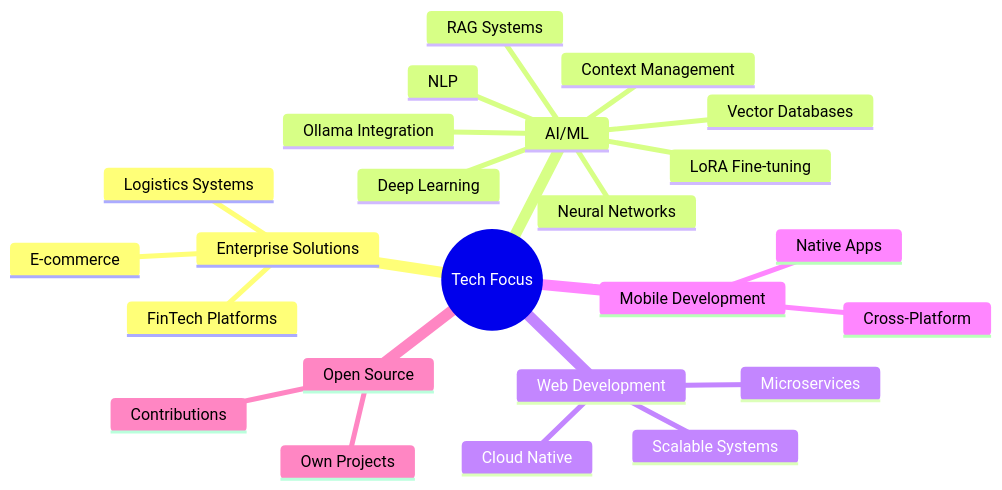
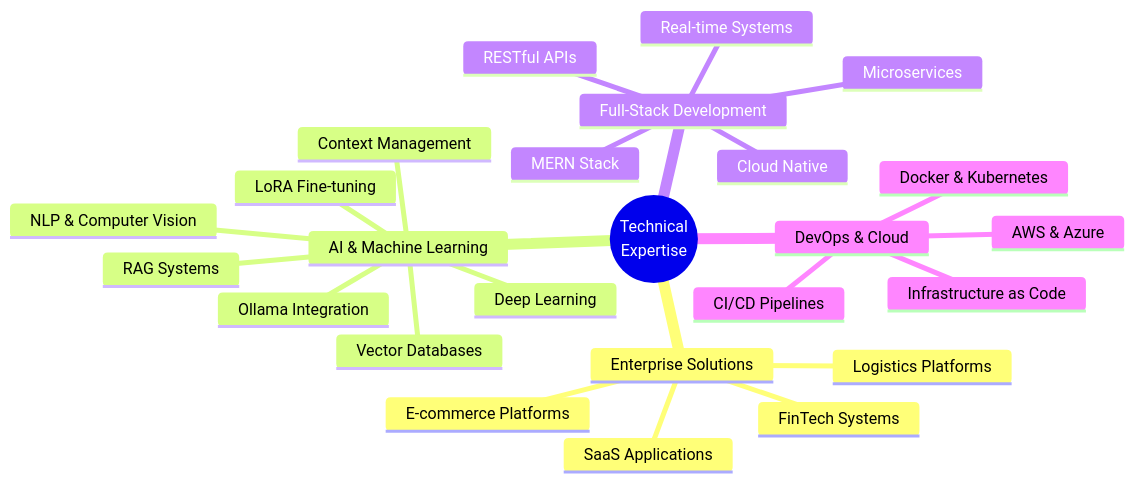
Before and after one commit to UDDITwork/UDDITwork: the diagram in README.md, drawn with Mermaid. The commit also changed other lines of this file, not shown here.

````diff
--- a/README.md
+++ b/README.md
@@ -286,27 +382,29 @@
-  ```mermaid
-  mindmap
-    root((Tech Focus))
-      Enterprise Solutions
-        Logistics Systems
-        FinTech Platforms
-        E-commerce
-      AI/ML
-        Deep Learning
-        Neural Networks
-        NLP
-        LoRA Fine-tuning
-        RAG Systems
-        Vector Databases
-        Context Management
-        Ollama Integration
-      Web Development
-        Microservices
-        Cloud Native
-        Scalable Systems
-      Mobile Development
-        Cross-Platform
-        Native Apps
-      Open Source
-        Contributions
-        Own Projects
-  ```
+```mermaid
+mindmap
+  root((Technical
+    Expertise))
+    Enterprise Solutions
+      Logistics Platforms
+      FinTech Systems
+      E-commerce Platforms
+      SaaS Applications
+    AI & Machine Learning
+      LoRA Fine-tuning
+      RAG Systems
+      Vector Databases
+      Context Management
+      Ollama Integration
+      Deep Learning
+      NLP & Computer Vision
+    Full-Stack Development
+      MERN Stack
+      Cloud Native
+      Microservices
+      RESTful APIs
+      Real-time Systems
+    DevOps & Cloud
+      Docker & Kubernetes
+      AWS & Azure
+      CI/CD Pipelines
+      Infrastructure as Code
+```
````
